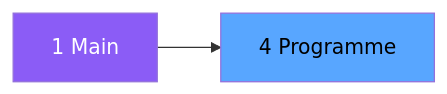
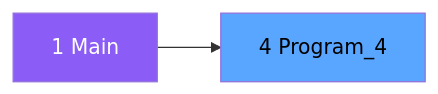
The second of 3 diagrams in .openspec/specs/ADH-IDE-4.md (thonyAGP/magic-migration), drawn with Mermaid before and after one commit. The commit also changed other lines of this file and 323 other files, not shown here.

````diff
--- a/.openspec/specs/ADH-IDE-4.md
+++ b/.openspec/specs/ADH-IDE-4.md
@@ -98,8 +105,8 @@
 ```mermaid
 graph LR
     M[1 Main]
-    T[4 Programme]
+    T[4 Program_4]
     M --> T
     style M fill:#8b5cf6,color:#fff
     style T fill:#58a6ff,color:#000
 ```
````
